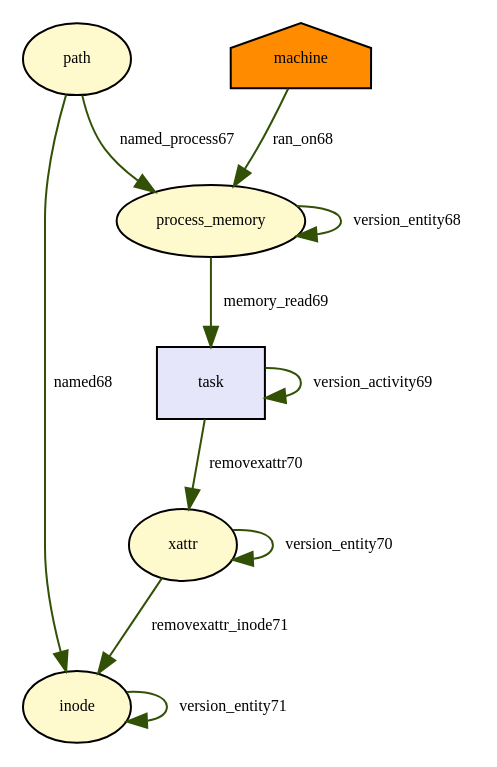
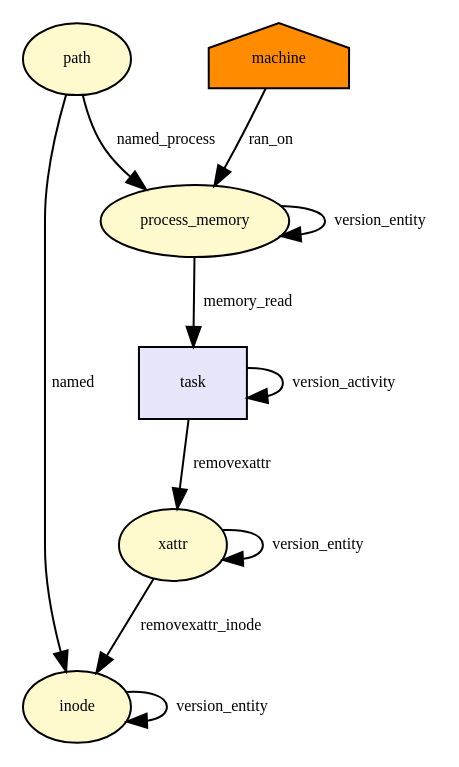
One commit to TinkerBellSystem/graph-matching changed the diagram in tmp/provenance_inode_removexattr.dot. Above: the diagram before and after it, drawn with Graphviz. The commit also changed 64 other files, not shown here.

Commit message:
simply graph

```diff
--- a/tmp/provenance_inode_removexattr.dot
+++ b/tmp/provenance_inode_removexattr.dot
@@ -1,33 +1,33 @@
 digraph RGL__DirectedAdjacencyGraph {path[fontsize = 8,label = "path",shape = ellipse, fillcolor="#fffacd", style = filled]
 
 process_memory[fontsize = 8,label = "process_memory",shape = ellipse, fillcolor="#fffacd", style = filled]
 
-path -> process_memory[fontsize = 8,label = "named_process67", color="#325106"]
+path -> process_memory[fontsize = 8,label = "named_process", color="#000000"]
 
-process_memory -> process_memory[fontsize = 8,label = "version_entity68", color="#325106"]
+process_memory -> process_memory[fontsize = 8,label = "version_entity", color="#000000"]
 
 machine[fontsize = 8,label = "machine",shape = house, fillcolor="#ff8c00", style = filled]
 
-machine -> process_memory[fontsize = 8,label = "ran_on68", color="#325106"]
+machine -> process_memory[fontsize = 8,label = "ran_on", color="#000000"]
 
 inode[fontsize = 8,label = "inode",shape = ellipse, fillcolor="#fffacd", style = filled]
 
-path -> inode[fontsize = 8,label = "named68", color="#325106"]
+path -> inode[fontsize = 8,label = "named", color="#000000"]
 
 task[fontsize = 8,label = "task",shape = rectangle, fillcolor="#e6e6fa", style = filled]
 
-task -> task[fontsize = 8,label = "version_activity69", color="#325106"]
+task -> task[fontsize = 8,label = "version_activity", color="#000000"]
 
-process_memory -> task[fontsize = 8,label = "memory_read69", color="#325106"]
+process_memory -> task[fontsize = 8,label = "memory_read", color="#000000"]
 
 xattr[fontsize = 8,label = "xattr",shape = ellipse, fillcolor="#fffacd", style = filled]
 
-xattr -> xattr[fontsize = 8,label = "version_entity70", color="#325106"]
+xattr -> xattr[fontsize = 8,label = "version_entity", color="#000000"]
 
-task -> xattr[fontsize = 8,label = "removexattr70", color="#325106"]
+task -> xattr[fontsize = 8,label = "removexattr", color="#000000"]
 
-inode -> inode[fontsize = 8,label = "version_entity71", color="#325106"]
+inode -> inode[fontsize = 8,label = "version_entity", color="#000000"]
 
-xattr -> inode[fontsize = 8,label = "removexattr_inode71", color="#325106"]
+xattr -> inode[fontsize = 8,label = "removexattr_inode", color="#000000"]
 
 }
```
